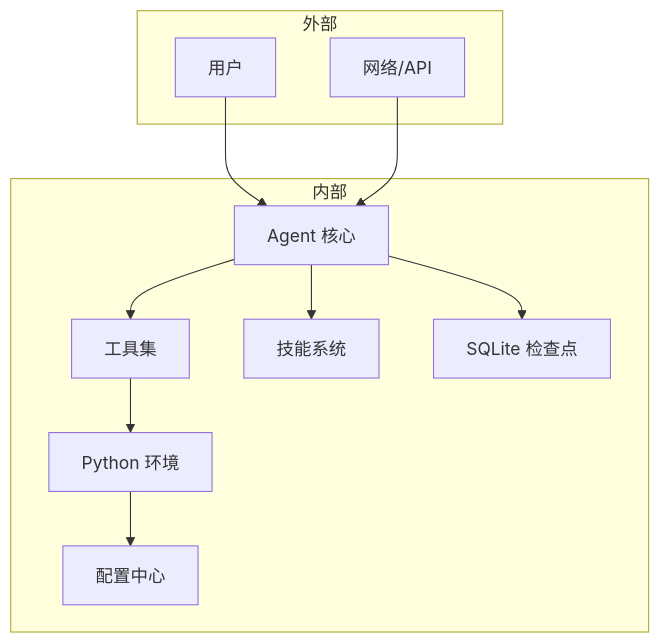
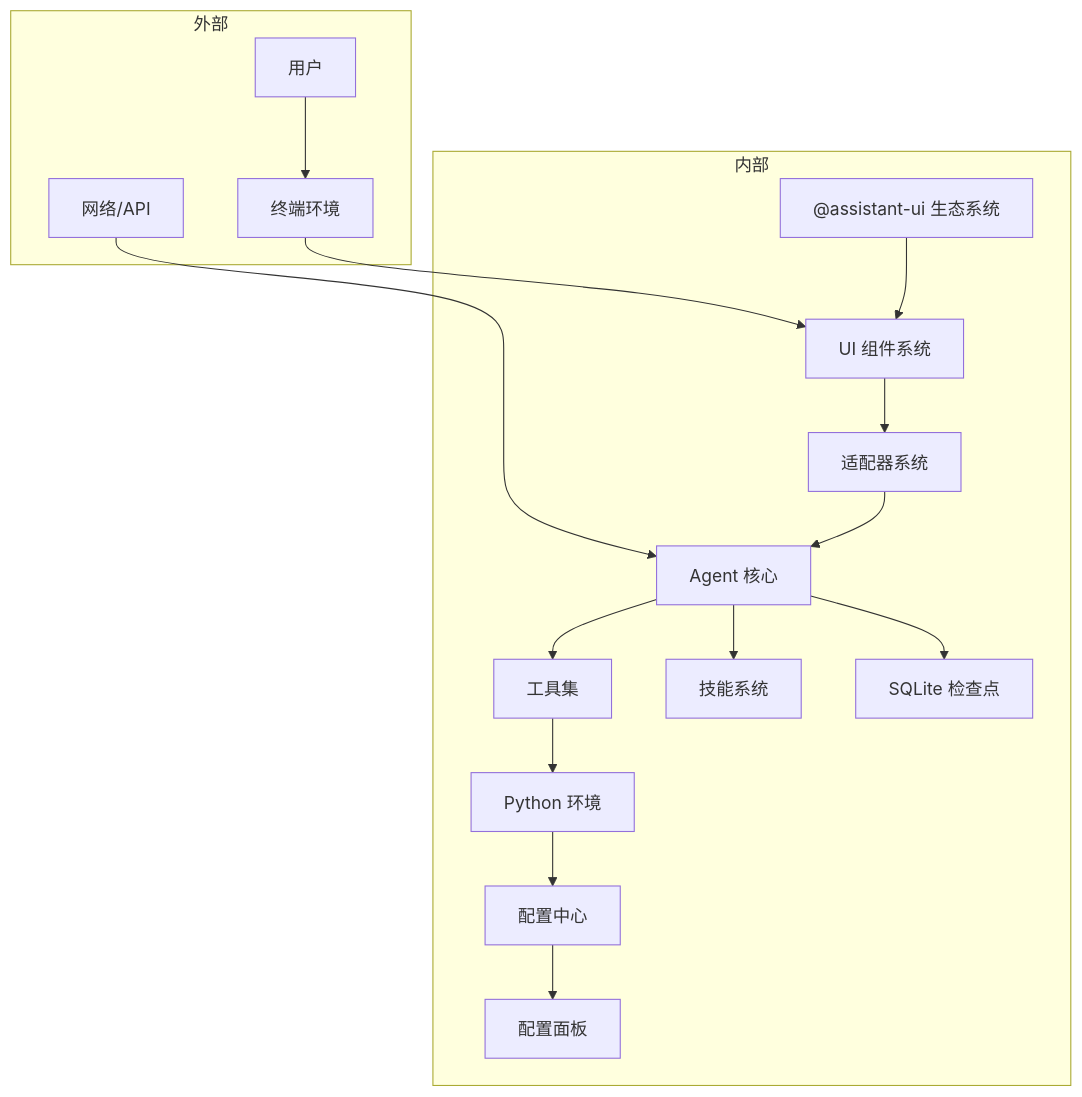
Before and after one commit to HAOFUYANG/onion-code: diagram 13 of 13 in .qoder/repowiki/zh/content/核心架构/核心架构.md, drawn with Mermaid. The commit also changed other lines of this file and 13 other files, not shown here.

````diff
--- a/.qoder/repowiki/zh/content/核心架构/核心架构.md
+++ b/.qoder/repowiki/zh/content/核心架构/核心架构.md
@@ -418,22 +632,31 @@
 ```mermaid
 graph TB
 subgraph "外部"
 User["用户"]
 Network["网络/API"]
+Terminal["终端环境"]
 end
 subgraph "内部"
 Agent["Agent 核心"]
+UI["UI 组件系统"]
+Adapter["适配器系统"]
 Tools["工具集"]
 Skills["技能系统"]
 Checkpoint["SQLite 检查点"]
 PyEnv["Python 环境"]
 Config["配置中心"]
+AssistantUI["@assistant-ui 生态系统"]
+ConfigPanel["配置面板"]
 end
-User --> Agent
+User --> Terminal --> UI
 Network --> Agent
+AssistantUI --> UI
+UI --> Adapter
+Adapter --> Agent
 Agent --> Tools
 Agent --> Skills
 Agent --> Checkpoint
 Tools --> PyEnv
 PyEnv --> Config
+Config --> ConfigPanel
 ```
````
